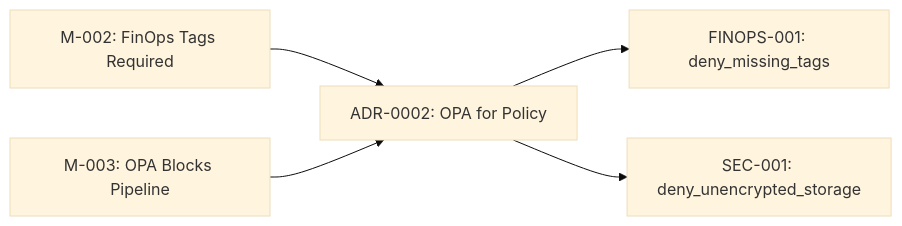
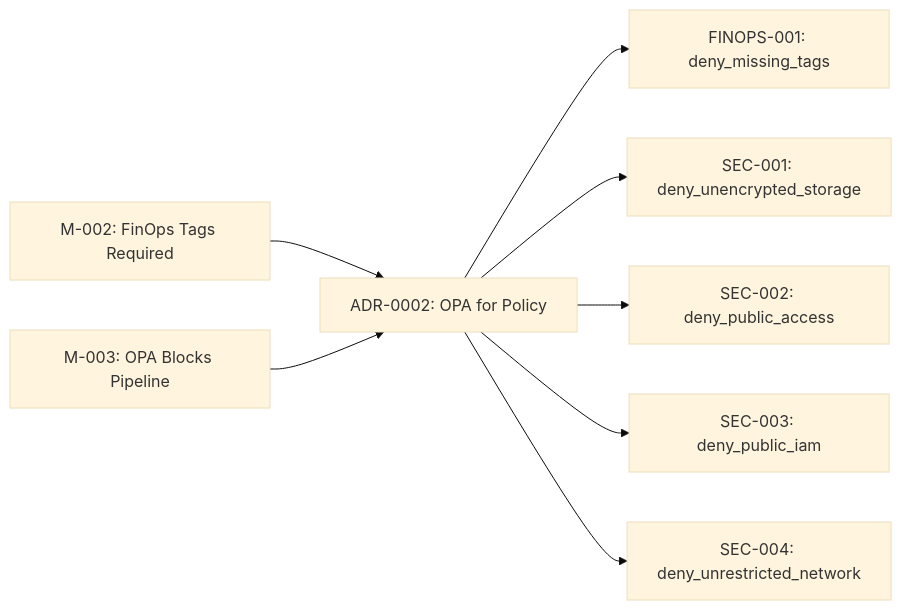
Before and after one commit to DevelApp-ai/deterministic-technical-design-specification: the first of 2 diagrams in example/docs/compliance/opa-policies.md, drawn with Mermaid (base theme). The commit also changed other lines of this file and 19 other files, not shown here.

First line of the commit message:
Add network Terraform, fix OPA syntax, add architecture/security/runbook for all personas

````diff
--- a/example/docs/compliance/opa-policies.md
+++ b/example/docs/compliance/opa-policies.md
@@ -57,7 +57,10 @@
 ```mermaid
 graph LR
     M002["M-002: FinOps Tags Required"] --> ADR002["ADR-0002: OPA for Policy"]
     M003["M-003: OPA Blocks Pipeline"] --> ADR002
     ADR002 --> FIN001["FINOPS-001: deny_missing_tags"]
     ADR002 --> SEC001["SEC-001: deny_unencrypted_storage"]
+    ADR002 --> SEC002["SEC-002: deny_public_access"]
+    ADR002 --> SEC003["SEC-003: deny_public_iam"]
+    ADR002 --> SEC004["SEC-004: deny_unrestricted_network"]
 ```
````
